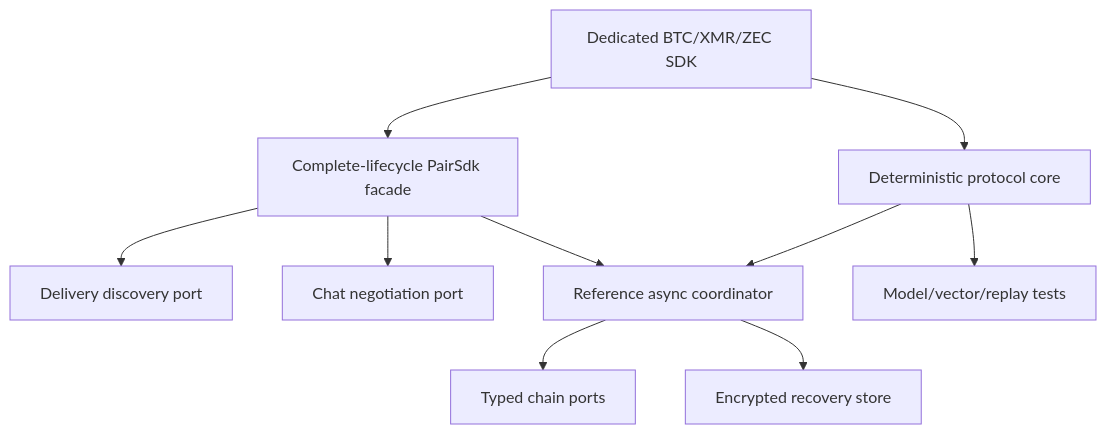
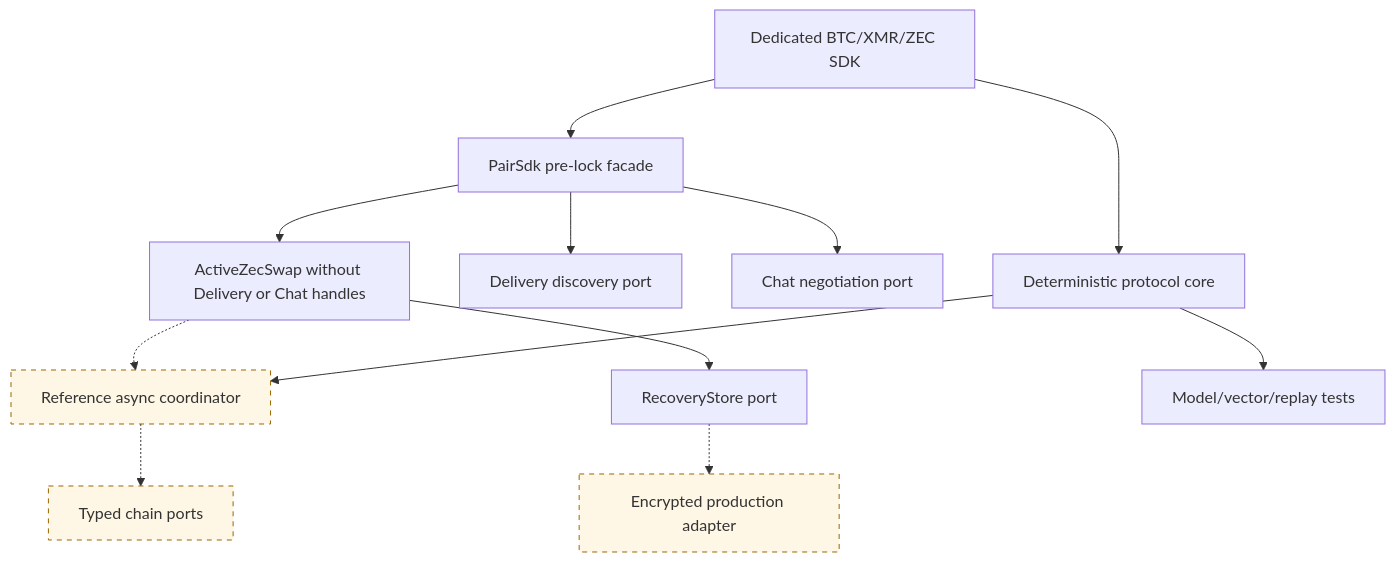
Before and after one commit to gateway-fm/lez-atomic-swaps: the diagram in docs/architecture/0013-sdk-layering.md, drawn with Mermaid. The commit also changed other lines of this file and 14 other files, not shown here.

Commit message:
feat: establish ZEC lifecycle SDK boundary

````diff
--- a/docs/architecture/0013-sdk-layering.md
+++ b/docs/architecture/0013-sdk-layering.md
@@ -5,12 +5,17 @@
 ```mermaid
 flowchart TB
     Pair["Dedicated BTC/XMR/ZEC SDK"] --> Core["Deterministic protocol core"]
-    Pair --> Facade["Complete-lifecycle PairSdk facade"]
+    Pair --> Facade["PairSdk pre-lock facade"]
     Facade --> Discovery["Delivery discovery port"]
     Facade --> Negotiation["Chat negotiation port"]
-    Facade --> Runtime["Reference async coordinator"]
-    Runtime --> Nodes["Typed chain ports"]
-    Runtime --> Store["Encrypted recovery store"]
+    Facade --> Active["ActiveZecSwap without Delivery or Chat handles"]
+    Active -.-> Runtime["Reference async coordinator"]
+    Runtime -.-> Nodes["Typed chain ports"]
+    Active --> Store["RecoveryStore port"]
+    Store -.-> Encrypted["Encrypted production adapter"]
     Core --> Runtime
     Core --> Tests["Model/vector/replay tests"]
+
+    classDef planned stroke-dasharray: 5 5,fill:#fff7e6,stroke:#9a6700;
+    class Runtime,Nodes,Encrypted planned;
 ```
````
